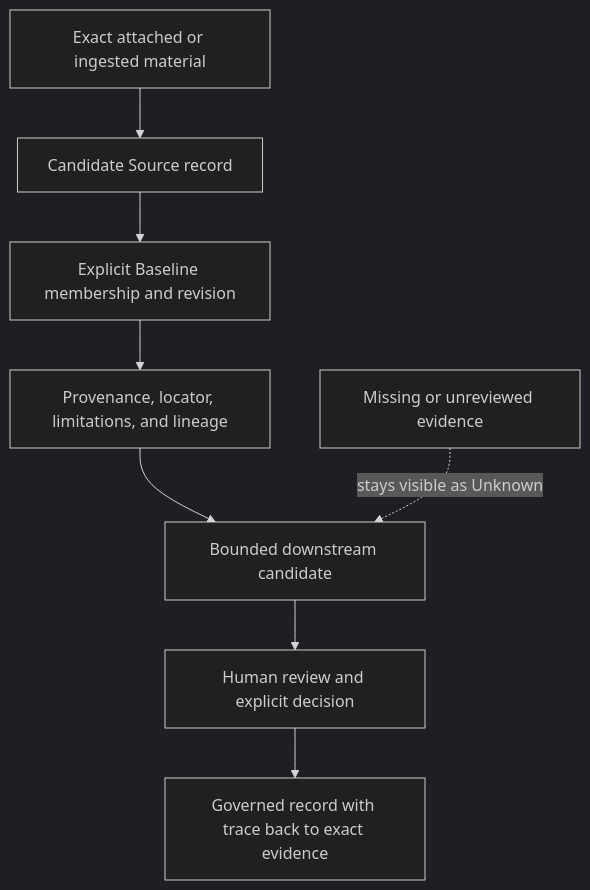
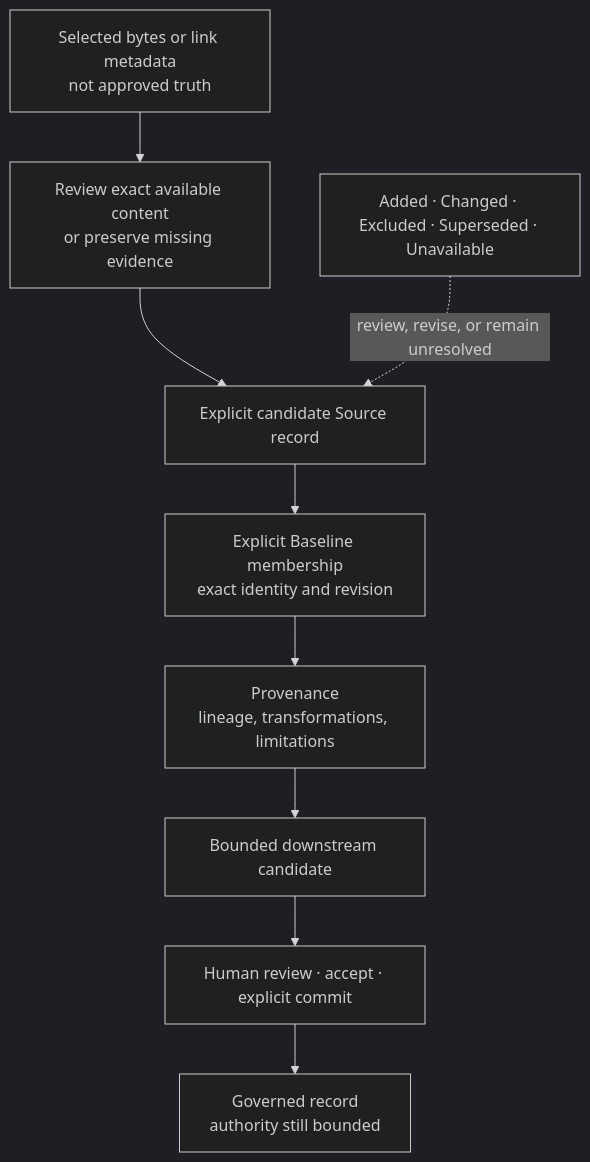
The tenth of 11 diagrams in apps/vscode/media/GAEP_GUIDE.md (panahister/GAEP), drawn with Mermaid (dark theme) before and after one commit. The commit also changed other lines of this file and 4 other files, not shown here.

````diff
--- a/apps/vscode/media/GAEP_GUIDE.md
+++ b/apps/vscode/media/GAEP_GUIDE.md
@@ -540,11 +559,12 @@
 ```mermaid
 %% Source Intake, Baseline, Provenance, and change review
 flowchart TD
-  material["Exact attached or ingested material"] --> source["Candidate Source record"]
-  source --> baseline["Explicit Baseline membership and revision"]
-  baseline --> provenance["Provenance, locator, limitations, and lineage"]
+  material["Selected bytes or link metadata<br/>not approved truth"] --> review["Review exact available content<br/>or preserve missing evidence"]
+  review --> source["Explicit candidate Source record"]
+  source --> baseline["Explicit Baseline membership<br/>exact identity and revision"]
+  baseline --> provenance["Provenance<br/>lineage, transformations, limitations"]
   provenance --> candidate["Bounded downstream candidate"]
-  candidate --> human["Human review and explicit decision"]
-  human --> governed["Governed record with trace back to exact evidence"]
-  unknown["Missing or unreviewed evidence"] -. stays visible as Unknown .-> candidate
+  candidate --> human["Human review · accept · explicit commit"]
+  human --> governed["Governed record<br/>authority still bounded"]
+  change["Added · Changed · Excluded · Superseded · Unavailable"] -. "review, revise, or remain unresolved" .-> source
 ```
````
